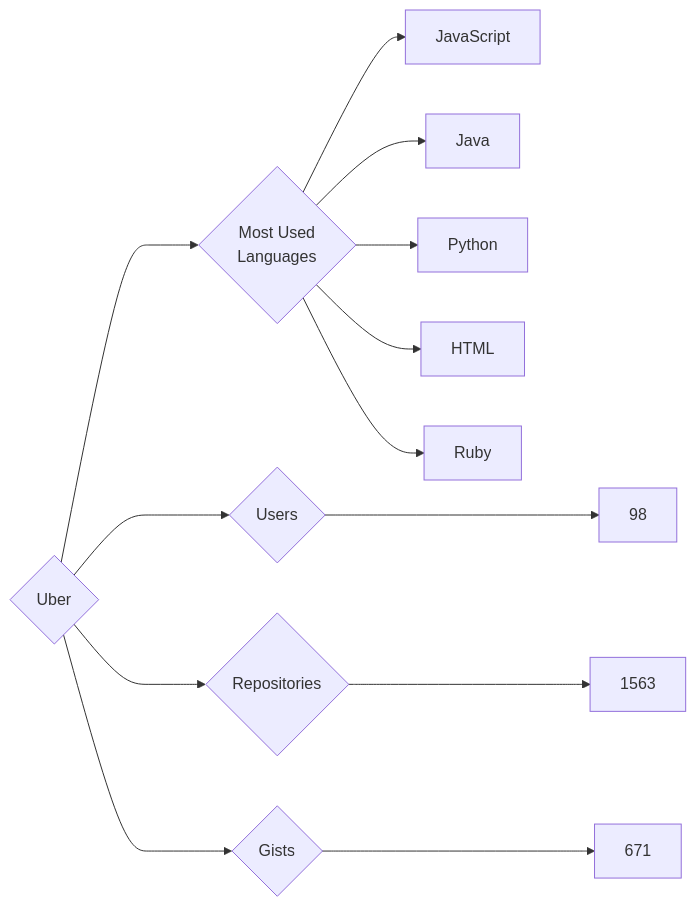
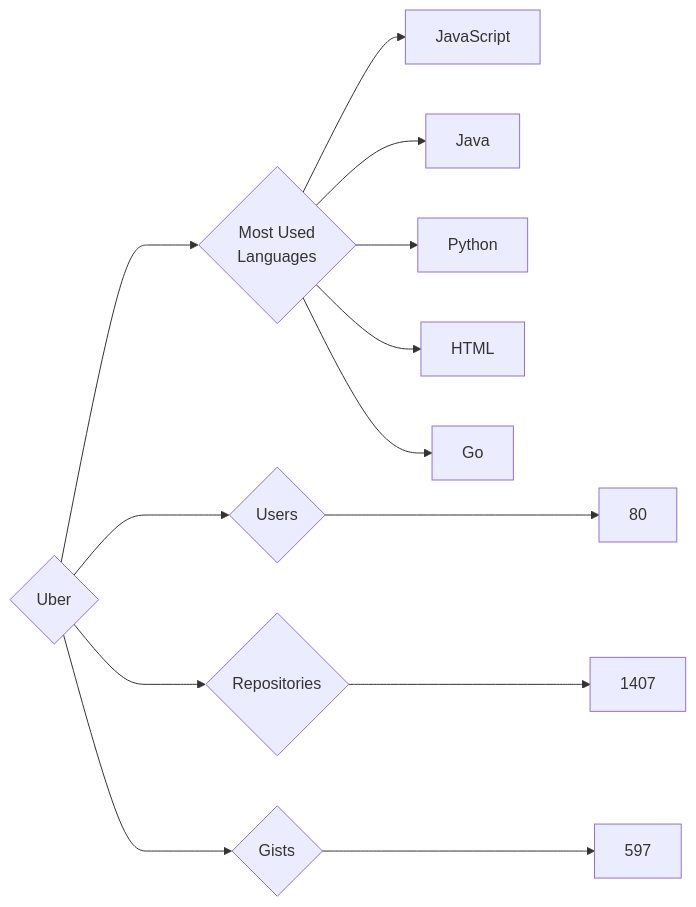
One commit to trickest/insiders changed the diagram in targets/Uber/README.md. Above: the diagram before and after it, drawn with Mermaid. The commit also changed 878 other files, not shown here.

````diff
--- a/targets/Uber/README.md
+++ b/targets/Uber/README.md
@@ -3,13 +3,13 @@
 ```mermaid
 graph LR
 COMPANY_NAME{Uber}
-COMPANY_NAME ---> U{Users} ---> UN[98]
-COMPANY_NAME ---> R{Repositories} ---> RN[1563]
-COMPANY_NAME ---> G{Gists} ---> GN[671]
+COMPANY_NAME ---> U{Users} ---> UN[80]
+COMPANY_NAME ---> R{Repositories} ---> RN[1407]
+COMPANY_NAME ---> G{Gists} ---> GN[597]
 COMPANY_NAME ---> ML{Most Used<br>Languages}
 ML --> JavaScript[JavaScript]
 ML --> Java[Java]
 ML --> Python[Python]
 ML --> HTML[HTML]
-ML --> Ruby[Ruby]
+ML --> Go[Go]
 ```
````
